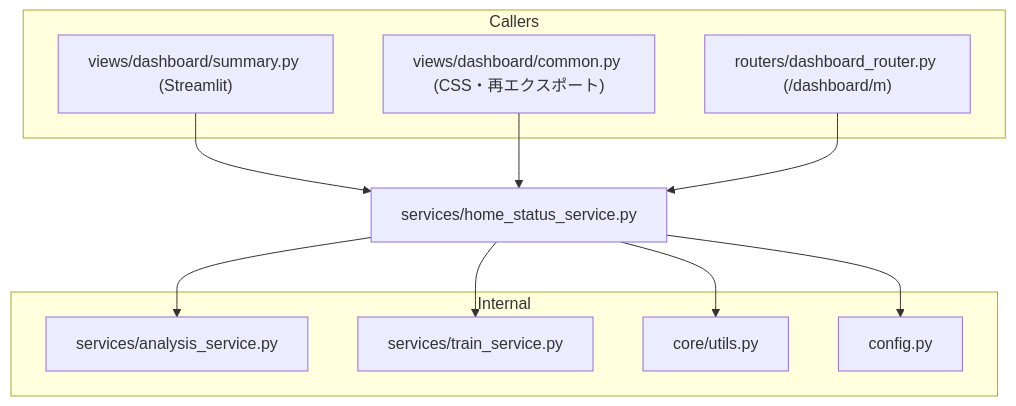
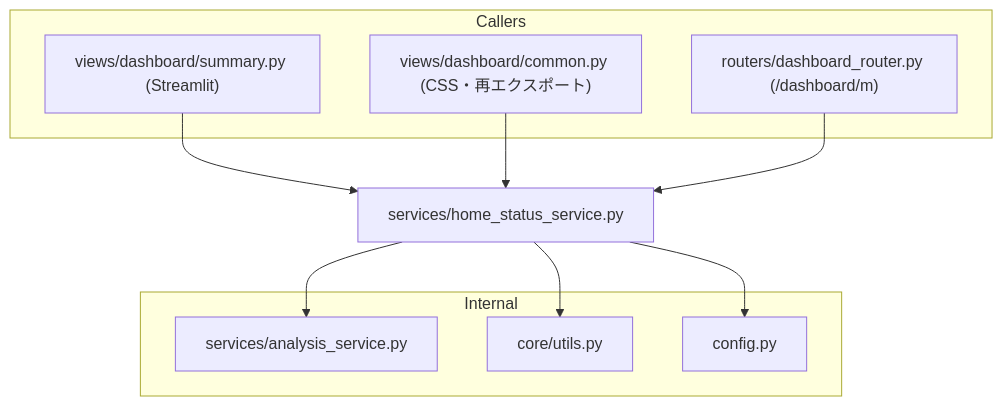
The second of 2 diagrams in docs/specifications/MY_HOME_SYSTEM/home_status_service.md (mmtigers/my_python_project), drawn with Mermaid before and after one commit. The commit also changed other lines of this file and 37 other files, not shown here.

````diff
--- a/docs/specifications/MY_HOME_SYSTEM/home_status_service.md
+++ b/docs/specifications/MY_HOME_SYSTEM/home_status_service.md
@@ -402,26 +421,24 @@
 ```mermaid
 graph TD
     HomeStatus["services/home_status_service.py"]
 
     subgraph Internal
         AnalysisService["services/analysis_service.py"]
-        TrainService["services/train_service.py"]
         CoreUtils["core/utils.py"]
         Config["config.py"]
     end
 
     subgraph Callers
         SummaryPy["views/dashboard/summary.py (Streamlit)"]
         ViewCommon["views/dashboard/common.py (CSS・再エクスポート)"]
         DashboardRouter["routers/dashboard_router.py (/dashboard/m)"]
     end
 
     HomeStatus --> AnalysisService
-    HomeStatus --> TrainService
     HomeStatus --> CoreUtils
     HomeStatus --> Config
 
     SummaryPy --> HomeStatus
     ViewCommon --> HomeStatus
     DashboardRouter --> HomeStatus
 ```
````
